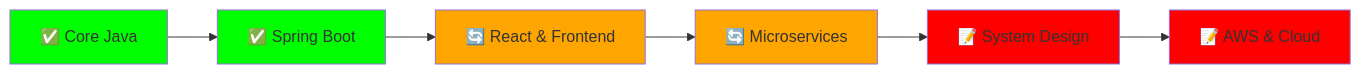
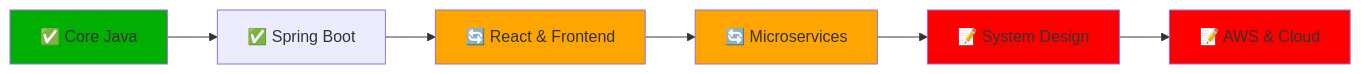
One commit to ShubhamKRay/ShubhamKRay changed the diagram in README.md. Above: the diagram before and after it, drawn with Mermaid.

Commit message:
Update styles for nodes A and B in README

````diff
--- a/README.md
+++ b/README.md
@@ -278,15 +278,15 @@
 ```mermaid
 graph LR
     A[✅ Core Java] --> B[✅ Spring Boot]
     B --> C[🔄 React & Frontend]
     C --> D[🔄 Microservices]
     D --> E[📝 System Design]
     E --> F[📝 AWS & Cloud]
     
-    style A fill:#00FF01
-    style B fill:#00FF01
+    style A fill:#00AF01
+    style B fill:#00FAF01
     style C fill:#FFA500
     style D fill:#FFA500
     style E fill:#FF0000
     style F fill:#FF0000
 ```
````
